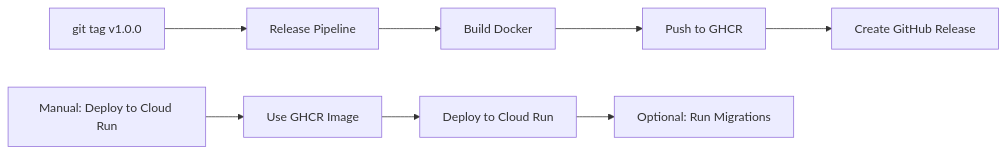
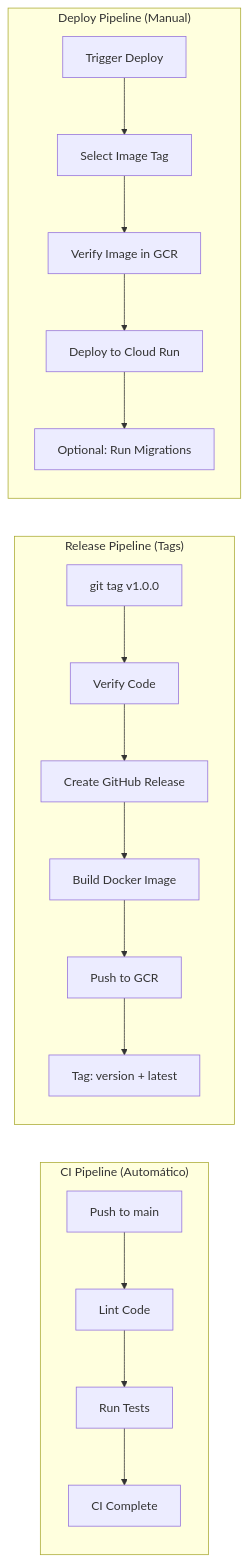
One commit to javicabdev/asam-backend changed the diagram in .github/workflows/README.md. Above: the diagram before and after it, drawn with Mermaid. The commit also changed other lines of this file and 2 other files, not shown here.

First line of the commit message:
fix(ci): use GCR for Docker images and fix migration errors

````diff
--- a/.github/workflows/README.md
+++ b/.github/workflows/README.md
@@ -29,11 +32,23 @@
 ```mermaid
 graph LR
-    A[git tag v1.0.0] --> B[Release Pipeline]
-    B --> C[Build Docker]
-    C --> D[Push to GHCR]
-    D --> E[Create GitHub Release]
+    subgraph "CI Pipeline (Automático)"
+        A[Push to main] --> B[Lint Code]
+        B --> C[Run Tests]
+        C --> D[CI Complete]
+    end
     
-    F[Manual: Deploy to Cloud Run] --> G[Use GHCR Image]
-    G --> H[Deploy to Cloud Run]
-    H --> I[Optional: Run Migrations]
+    subgraph "Release Pipeline (Tags)"
+        E[git tag v1.0.0] --> F[Verify Code]
+        F --> G[Create GitHub Release]
+        G --> H[Build Docker Image]
+        H --> I[Push to GCR]
+        I --> J[Tag: version + latest]
+    end
+    
+    subgraph "Deploy Pipeline (Manual)"
+        K[Trigger Deploy] --> L[Select Image Tag]
+        L --> M[Verify Image in GCR]
+        M --> N[Deploy to Cloud Run]
+        N --> O[Optional: Run Migrations]
+    end
 ```
````
